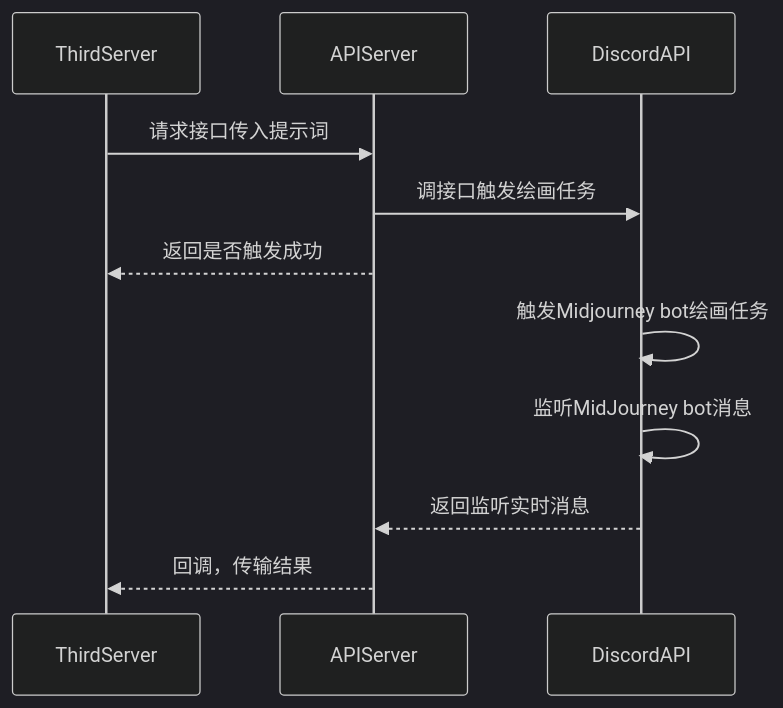
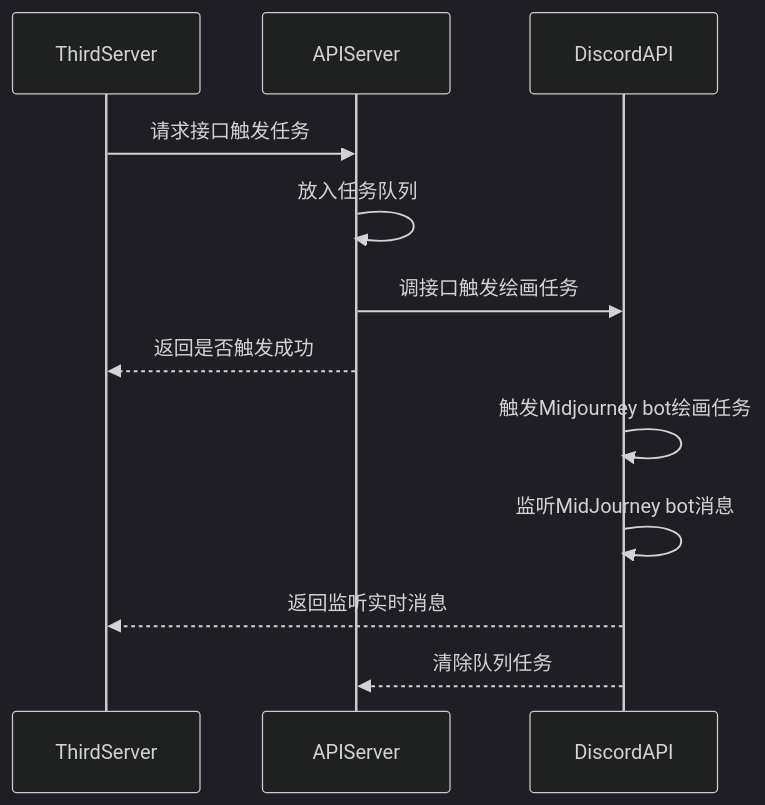
Before and after one commit to yokonsan/midjourney-api: the diagram in README.md, drawn with Mermaid (dark theme). The commit also changed other lines of this file and 1 other file, not shown here.

````diff
--- a/README.md
+++ b/README.md
@@ -12,16 +12,16 @@
 ```mermaid
 sequenceDiagram
     participant ThirdServer
     participant APIServer
     participant DiscordAPI
 
-    ThirdServer->>APIServer: 请求接口传入提示词
+    ThirdServer->>APIServer: 请求接口触发任务
+    APIServer->>APIServer: 放入任务队列
     APIServer->>DiscordAPI: 调接口触发绘画任务
     APIServer-->>ThirdServer: 返回是否触发成功
 
     DiscordAPI->>DiscordAPI: 触发Midjourney bot绘画任务
     DiscordAPI->>DiscordAPI: 监听MidJourney bot消息
-    DiscordAPI-->>APIServer: 返回监听实时消息
-
-	APIServer-->>ThirdServer: 回调，传输结果
+    DiscordAPI-->>ThirdServer: 返回监听实时消息
+    DiscordAPI-->>APIServer: 清除队列任务
 ```
````
